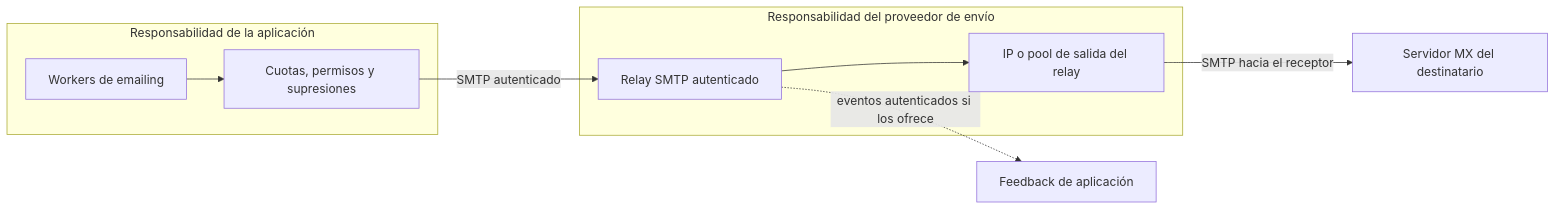
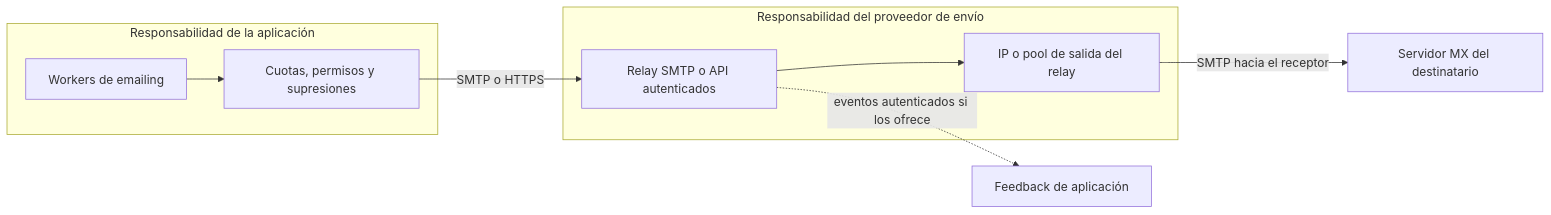
One commit to daycry/emailing changed the diagram in docs/infraestructura/entregabilidad.md. Above: the diagram before and after it, drawn with Mermaid. The commit also changed other lines of this file and 43 other files, not shown here.

Commit message:
docs: deliver complete user manual with fresh installation and Mermaid PDF

````diff
--- a/docs/infraestructura/entregabilidad.md
+++ b/docs/infraestructura/entregabilidad.md
@@ -21,16 +36,16 @@
 ```mermaid
 flowchart LR
     subgraph A[Responsabilidad de la aplicación]
         W[Workers de emailing]
         Q[Cuotas, permisos y supresiones]
         W --> Q
     end
     subgraph R[Responsabilidad del proveedor de envío]
-        S[Relay SMTP autenticado]
+        S[Relay SMTP o API autenticados]
         IP[IP o pool de salida del relay]
         S --> IP
     end
-    Q -->|SMTP autenticado| S
+    Q -->|SMTP o HTTPS| S
     IP -->|SMTP hacia el receptor| MX[Servidor MX del destinatario]
     S -. eventos autenticados si los ofrece .-> F[Feedback de aplicación]
 ```
````
